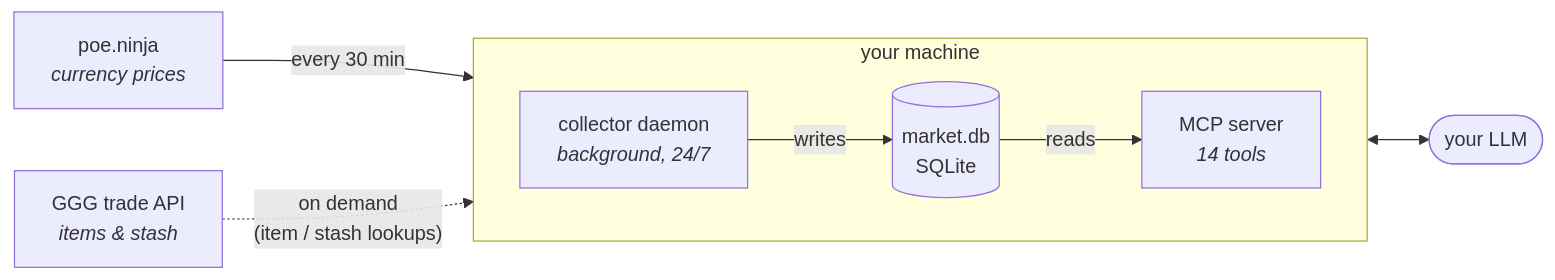
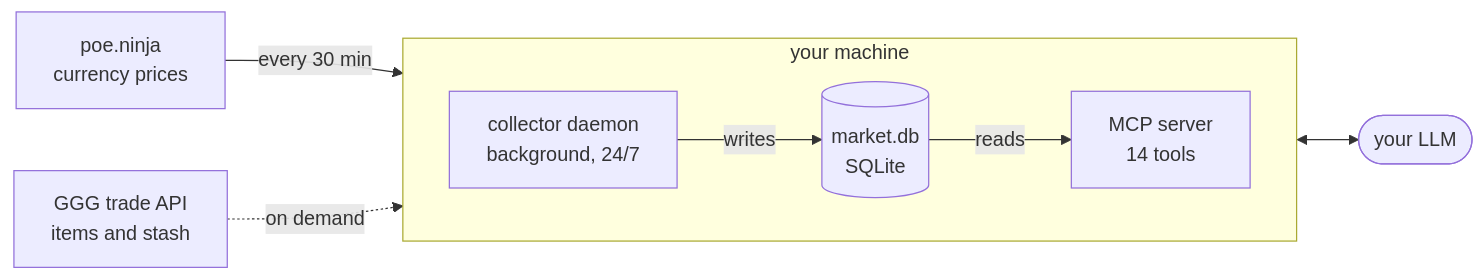
The diagram in README.md (GlacianNex/POE2MarketMCP), drawn with Mermaid before and after one commit.

Commit message:
Fix Mermaid diagram not rendering on GitHub
GitHub's Mermaid rejects HTML in node labels, so the <i> tags left the block
as raw code. Verified rendering against the live page.

````diff
--- a/README.md
+++ b/README.md
@@ -12,20 +12,20 @@
 ```mermaid
 flowchart LR
-    NINJA["poe.ninja<br/><i>currency prices</i>"]
-    GGG["GGG trade API<br/><i>items &amp; stash</i>"]
+    NINJA["poe.ninja<br/>currency prices"]
+    GGG["GGG trade API<br/>items and stash"]
 
-    subgraph local ["your machine"]
+    subgraph local["your machine"]
         direction LR
-        COL["collector daemon<br/><i>background, 24/7</i>"]
+        COL["collector daemon<br/>background, 24/7"]
         DB[("market.db<br/>SQLite")]
-        MCP["MCP server<br/><i>14 tools</i>"]
-        COL -- writes --> DB
-        DB -- reads --> MCP
+        MCP["MCP server<br/>14 tools"]
+        COL -->|writes| DB
+        DB -->|reads| MCP
     end
 
     LLM(["your LLM"])
 
-    NINJA -- "every 30 min" --> COL
-    GGG -. "on demand<br/>(item / stash lookups)" .-> MCP
+    NINJA -->|every 30 min| COL
+    GGG -.->|on demand| MCP
     MCP <--> LLM
 ```
````
